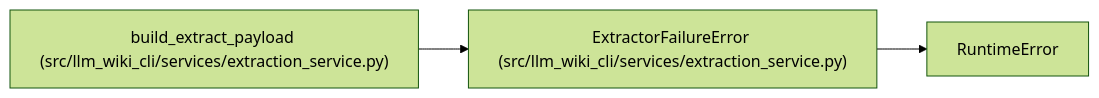
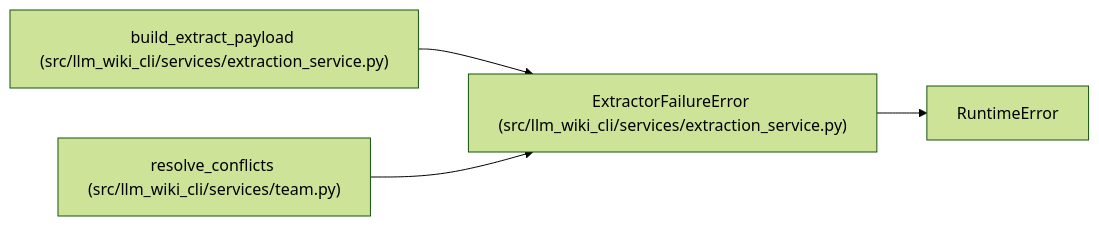
Before and after one commit to Denissvgn/python-wiki-llm: the diagram in docs/llm_wiki/entities/ExtractorFailureError.md, drawn with Mermaid (forest theme). The commit also changed other lines of this file and 761 other files, not shown here.

````diff
--- a/docs/llm_wiki/entities/ExtractorFailureError.md
+++ b/docs/llm_wiki/entities/ExtractorFailureError.md
@@ -25,10 +25,13 @@
 ```mermaid
 flowchart LR
     n0["ExtractorFailureError (src/llm_wiki_cli/services/extraction_service.py)"]
     n1["RuntimeError"]
     n2["build_extract_payload (src/llm_wiki_cli/services/extraction_service.py)"]
+    n3["resolve_conflicts (src/llm_wiki_cli/services/team.py)"]
     n0 --> n1
     n2 --> n0
+    n3 --> n0
     click n0 "../modules/extraction_service.md"
     click n2 "../modules/extraction_service.md"
+    click n3 "../modules/team.md"
 ```
````
